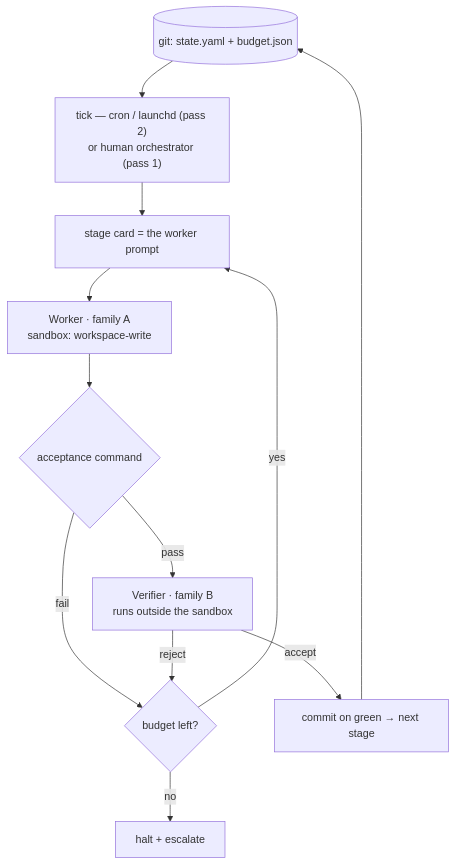
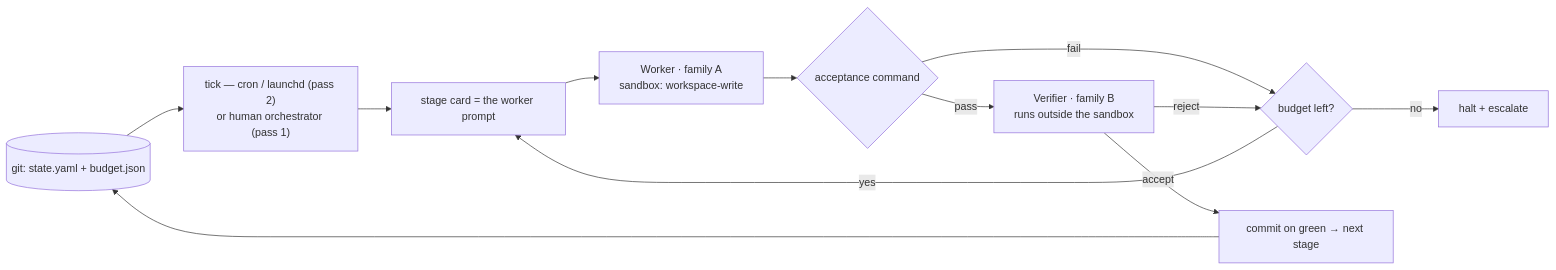
Before and after one commit to aw-pr/autometta-public: the diagram in README.md, drawn with Mermaid.

Commit message:
docs: render flow diagram left-to-right to reduce vertical space

````diff
--- a/README.md
+++ b/README.md
@@ -8,15 +8,15 @@
 ```mermaid
-flowchart TD
+flowchart LR
   S[("git: state.yaml + budget.json")]
   S --> T["tick — cron / launchd (pass 2)<br/>or human orchestrator (pass 1)"]
   T --> C["stage card = the worker prompt"]
   C --> W["Worker · family A<br/>sandbox: workspace-write"]
   W --> AC{"acceptance command"}
   AC -- pass --> V["Verifier · family B<br/>runs outside the sandbox"]
   AC -- fail --> BUD{"budget left?"}
   V -- reject --> BUD
   V -- accept --> G["commit on green → next stage"]
   G --> S
   BUD -- yes --> C
   BUD -- no --> H["halt + escalate"]
 ```
````
